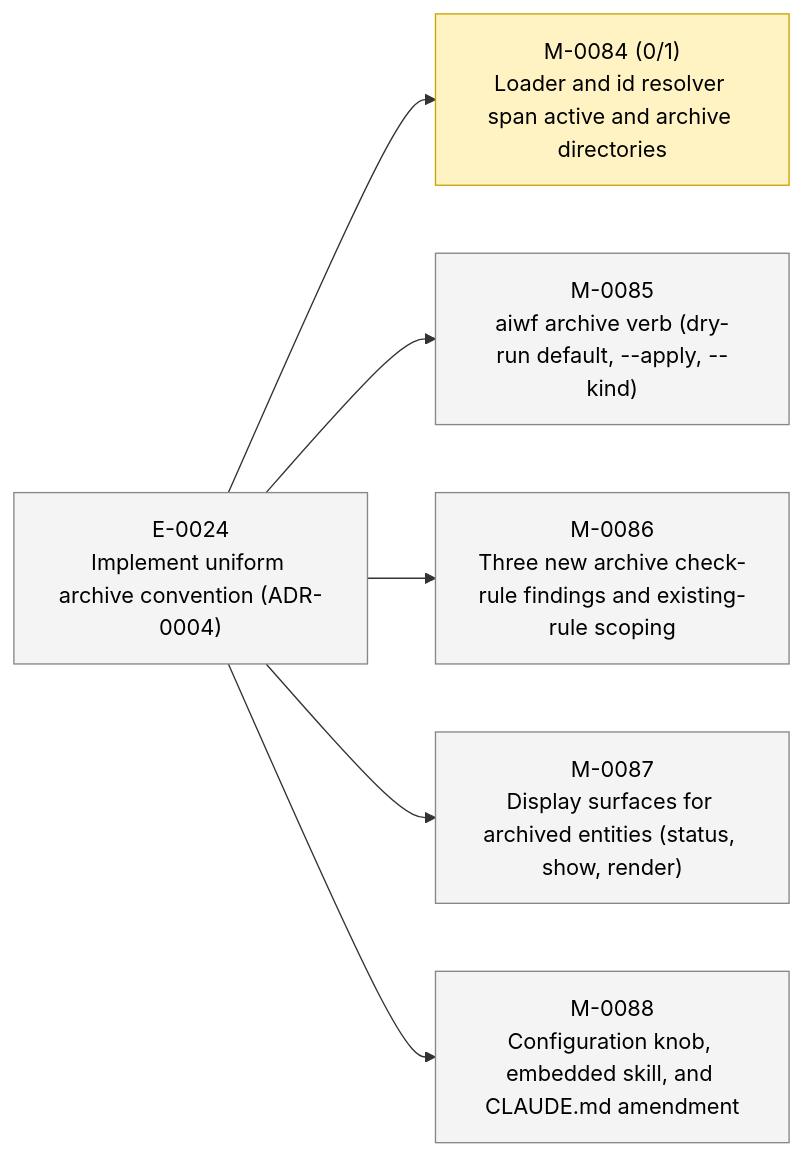
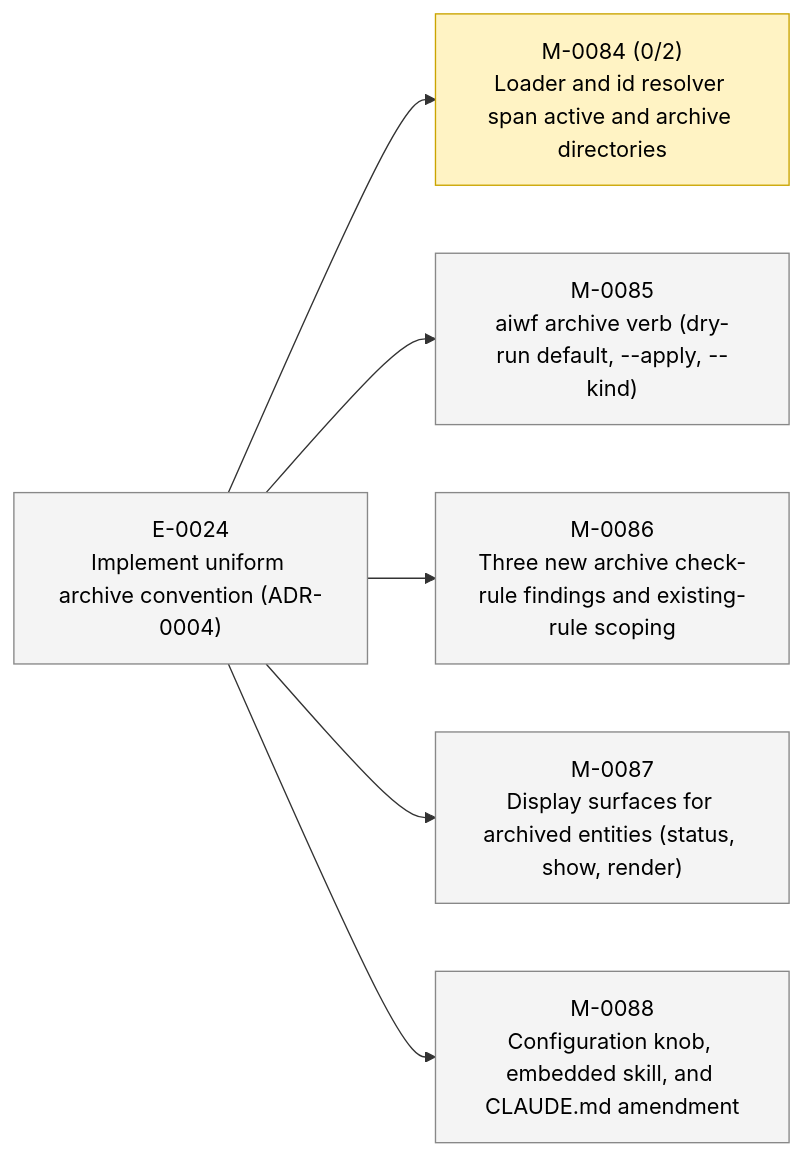
Before and after one commit to 23min/aiwf: the second of 2 diagrams in STATUS.md, drawn with Mermaid. The commit also changed other lines of this file and 1 other file, not shown here.

First line of the commit message:
aiwf add ac M-0084/AC-2 "tree.Load walks <kind>/archive/ and yields archived entities"

````diff
--- a/STATUS.md
+++ b/STATUS.md
@@ -49,20 +49,20 @@
 ```mermaid
 flowchart LR
   E_0024["E-0024<br/>Implement uniform archive convention (ADR-0004)"]:::epic_proposed
-  M_0084["M-0084 (0/1)<br/>Loader and id resolver span active and archive directories"]:::ms_in_progress
+  M_0084["M-0084 (0/2)<br/>Loader and id resolver span active and archive directories"]:::ms_in_progress
   E_0024 --> M_0084
   M_0085["M-0085<br/>aiwf archive verb (dry-run default, --apply, --kind)"]:::ms_draft
   E_0024 --> M_0085
   M_0086["M-0086<br/>Three new archive check-rule findings and existing-rule scoping"]:::ms_draft
   E_0024 --> M_0086
   M_0087["M-0087<br/>Display surfaces for archived entities (status, show, render)"]:::ms_draft
   E_0024 --> M_0087
   M_0088["M-0088<br/>Configuration knob, embedded skill, and CLAUDE.md amendment"]:::ms_draft
   E_0024 --> M_0088
   classDef epic_active fill:#d6eaff,stroke:#1a73e8,color:#000
   classDef epic_proposed fill:#f4f4f4,stroke:#888,color:#000
   classDef ms_done fill:#d8f5d8,stroke:#2a8a2a,color:#000
   classDef ms_in_progress fill:#fff3c4,stroke:#caa400,color:#000
   classDef ms_draft fill:#f4f4f4,stroke:#888,color:#000
   classDef ms_cancelled fill:#fbeaea,stroke:#c33,color:#000
 ```
````
